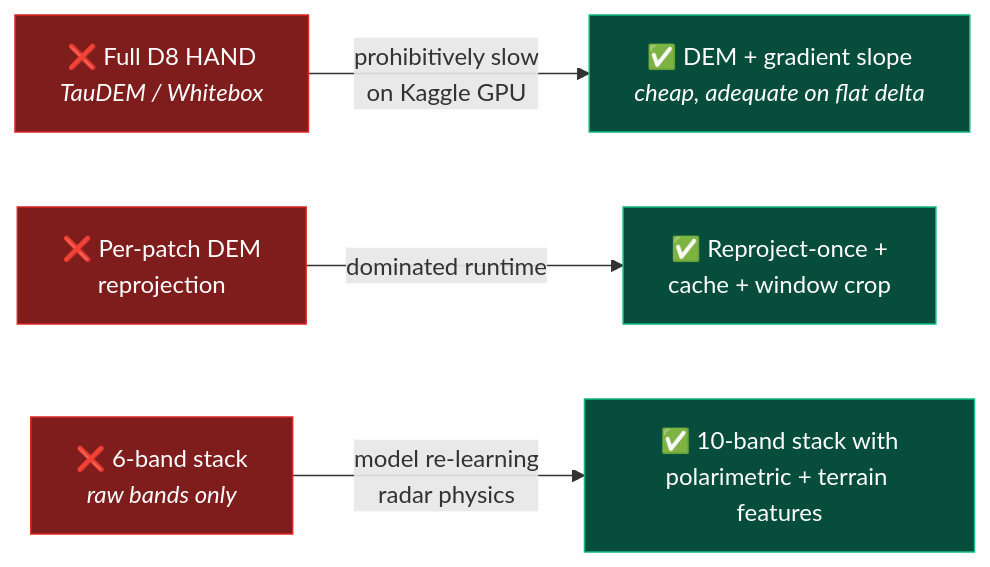
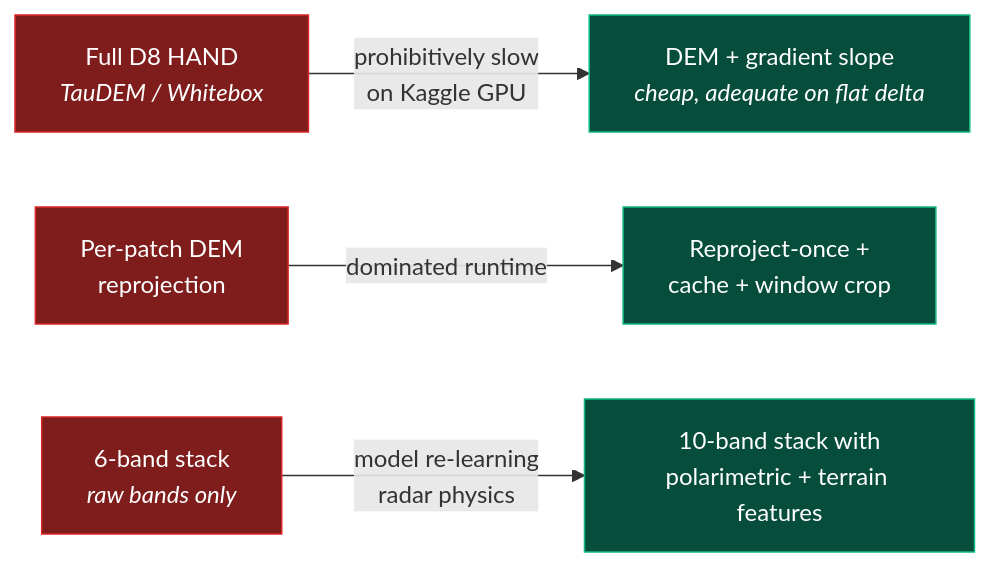
The fifth of 6 diagrams in README.md (AbhayKale332/sar-flood-seg), drawn with Mermaid before and after one commit. The commit also changed other lines of this file, not shown here.

````diff
--- a/README.md
+++ b/README.md
@@ -371,11 +362,11 @@
 ```mermaid
 flowchart LR
-    P1["❌ Full D8 HAND<br/><i>TauDEM / Whitebox</i>"] -->|"prohibitively slow<br/>on Kaggle GPU"| P1b["✅ DEM + gradient slope<br/><i>cheap, adequate on flat delta</i>"]
-    P2["❌ Per-patch DEM<br/>reprojection"] -->|"dominated runtime"| P2b["✅ Reproject-once +<br/>cache + window crop"]
-    P3["❌ 6-band stack<br/><i>raw bands only</i>"] -->|"model re-learning<br/>radar physics"| P3b["✅ 10-band stack with<br/>polarimetric + terrain features"]
+    P1["Full D8 HAND<br/><i>TauDEM / Whitebox</i>"] -->|"prohibitively slow<br/>on Kaggle GPU"| P1b["DEM + gradient slope<br/><i>cheap, adequate on flat delta</i>"]
+    P2["Per-patch DEM<br/>reprojection"] -->|"dominated runtime"| P2b["Reproject-once +<br/>cache + window crop"]
+    P3["6-band stack<br/><i>raw bands only</i>"] -->|"model re-learning<br/>radar physics"| P3b["10-band stack with<br/>polarimetric + terrain features"]
 
     classDef bad fill:#7F1D1D,stroke:#DC2626,color:#fff
     classDef good fill:#064E3B,stroke:#10B981,color:#fff
     class P1,P2,P3 bad
     class P1b,P2b,P3b good
 ```
````
